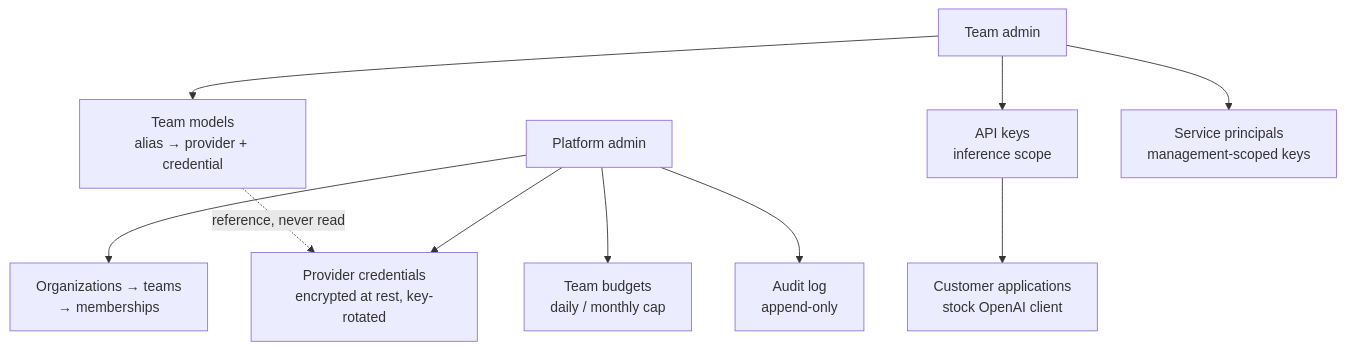
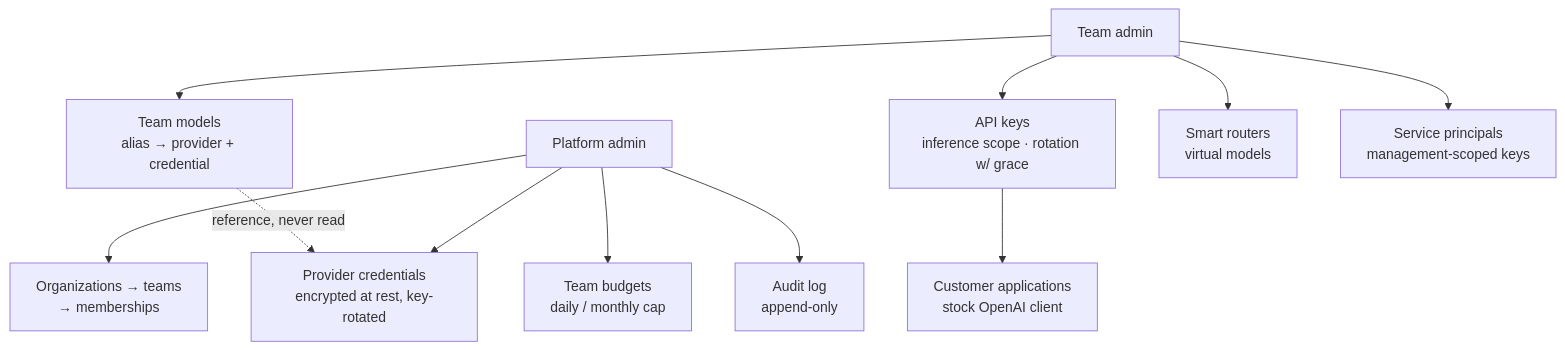
The second of 2 diagrams in README.md (carlo99999/LiteStarGateway), drawn with Mermaid before and after one commit. The commit also changed other lines of this file and 5 other files, not shown here.

````diff
--- a/README.md
+++ b/README.md
@@ -67,14 +90,15 @@
 ```mermaid
 flowchart TD
     PlatformAdmin["Platform admin"] --> Credentials["Provider credentials<br/>encrypted at rest, key-rotated"]
     PlatformAdmin --> Orgs["Organizations → teams<br/>→ memberships"]
     PlatformAdmin --> Budgets["Team budgets<br/>daily / monthly cap"]
     PlatformAdmin --> Audit["Audit log<br/>append-only"]
 
     TeamAdmin["Team admin"] --> Models["Team models<br/>alias → provider + credential"]
-    TeamAdmin --> Keys["API keys<br/>inference scope"]
+    TeamAdmin --> Keys["API keys<br/>inference scope · rotation w/ grace"]
+    TeamAdmin --> Routers["Smart routers<br/>virtual models"]
     TeamAdmin --> ServicePrincipals["Service principals<br/>management-scoped keys"]
 
     Models -.->|reference, never read| Credentials
     Keys --> Apps["Customer applications<br/>stock OpenAI client"]
 ```
````
